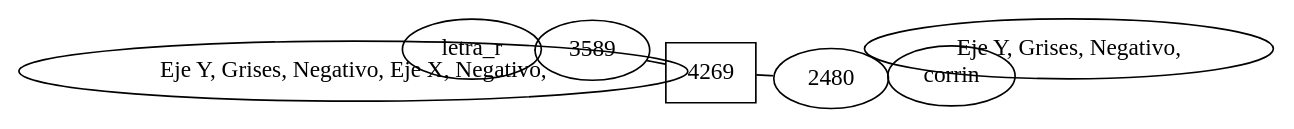
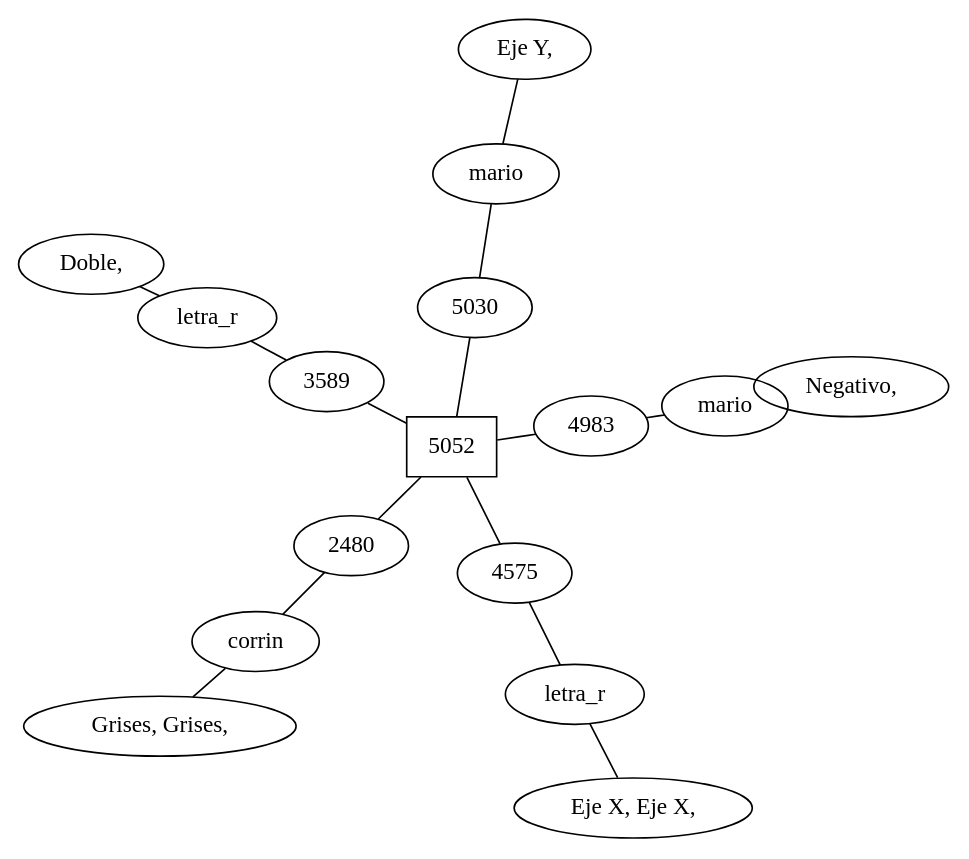
Before and after one commit to jdfuentes12/EDD_VJ1S2023_PY_202001228: the diagram in Fase2/Backend/Reportes/grafo.dot, drawn with Graphviz. The commit also changed 26 other files, not shown here.

```diff
--- a/Fase2/Backend/Reportes/grafo.dot
+++ b/Fase2/Backend/Reportes/grafo.dot
@@ -1,15 +1,27 @@
 graph grafoDirigido{ 
  rankdir=LR; 
  node [shape=box]; layout=neato; 
- nodo00[label="4269"]; 
+ nodo00[label="5052"]; 
 node [shape = ellipse]; 
 nodo01[label="2480" ]; 
 nodo11[label="corrin" ]; 
-nodo21[label="Eje Y, Grises, Negativo, " ]; 
+nodo21[label="Grises, Grises, " ]; 
 nodo02[label="3589" ]; 
 nodo12[label="letra_r" ]; 
-nodo22[label="Eje Y, Grises, Negativo, Eje X, Negativo, " ]; 
+nodo22[label="Doble, " ]; 
+nodo03[label="4575" ]; 
+nodo13[label="letra_r" ]; 
+nodo23[label="Eje X, Eje X, " ]; 
+nodo04[label="4983" ]; 
+nodo14[label="mario" ]; 
+nodo24[label="Negativo, " ]; 
+nodo05[label="5030" ]; 
+nodo15[label="mario" ]; 
+nodo25[label="Eje Y, " ]; 
 nodo00 -- nodo01 -- nodo11 -- nodo21[len=1.00]; 
 nodo00 -- nodo02 -- nodo12 -- nodo22[len=1.00]; 
+nodo00 -- nodo03 -- nodo13 -- nodo23[len=1.00]; 
+nodo00 -- nodo04 -- nodo14 -- nodo24[len=1.00]; 
+nodo00 -- nodo05 -- nodo15 -- nodo25[len=1.00]; 
 
 }
```
